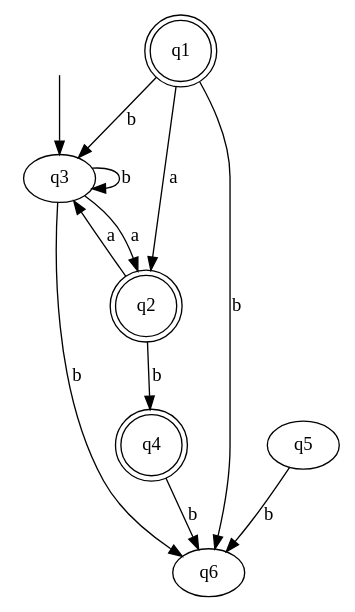
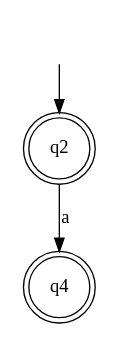
One commit to x-ENIAC/Formal-languages changed the diagram in examples/3_delete_epsilon.dot. Above: the diagram before and after it, drawn with Graphviz. The commit also changed 25 other files, not shown here.

```diff
--- a/examples/3_delete_epsilon.dot
+++ b/examples/3_delete_epsilon.dot
@@ -1,20 +1,7 @@
 digraph {
 	start [style = "invis"]
-	start -> "q3"
-	"q1" [shape=doublecircle]
+	start -> "q2"
 	"q2" [shape=doublecircle]
-	"q1" -> "q2" [label = "a"]
-	"q3"
-	"q1" -> "q3" [label = "b"]
-	"q6"
-	"q1" -> "q6" [label = "b"]
-	"q2" -> "q3" [label = "a"]
 	"q4" [shape=doublecircle]
-	"q2" -> "q4" [label = "b"]
-	"q4" -> "q6" [label = "b"]
-	"q3" -> "q3" [label = "b"]
-	"q3" -> "q2" [label = "a"]
-	"q3" -> "q6" [label = "b"]
-	"q5"
-	"q5" -> "q6" [label = "b"]
+	"q2" -> "q4" [label = "a"]
 }
```
